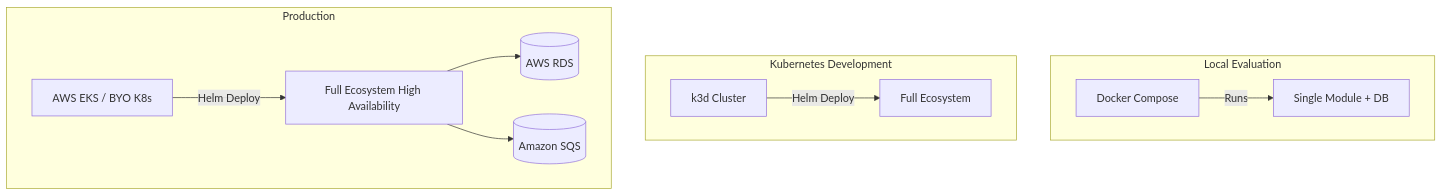
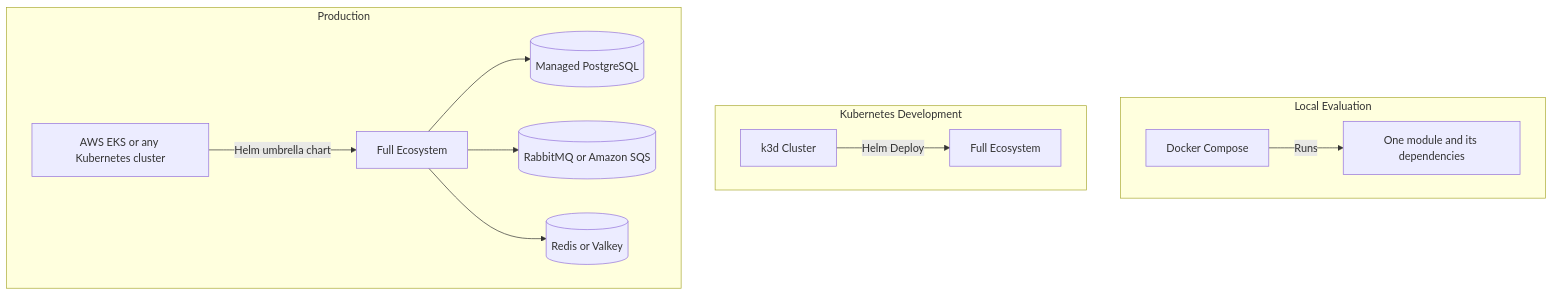
One commit to Labs64/labs64.io-docs changed the fifth of 5 diagrams in introduction/architecture.md. Above: the diagram before and after it, drawn with Mermaid. The commit also changed other lines of this file and 50 other files, not shown here.

First line of the commit message:
Make the public docs the primary architecture and module reference

````diff
--- a/introduction/architecture.md
+++ b/introduction/architecture.md
@@ -147,16 +191,17 @@
 ```mermaid
 flowchart TB
     subgraph Local Evaluation
-        DC[Docker Compose] -->|Runs| M1[Single Module + DB]
+        DC[Docker Compose] -->|Runs| M1[One module and its dependencies]
     end
-    
+
     subgraph Kubernetes Development
         K3D[k3d Cluster] -->|Helm Deploy| E1[Full Ecosystem]
     end
-    
+
     subgraph Production
-        EKS[AWS EKS / BYO K8s] -->|Helm Deploy| E2[Full Ecosystem High Availability]
-        E2 --> AWS_RDS[(AWS RDS)]
-        E2 --> AWS_MQ[(Amazon SQS)]
+        K8S[AWS EKS or any Kubernetes cluster] -->|Helm umbrella chart| E2[Full Ecosystem]
+        E2 --> PG_DB[("Managed PostgreSQL")]
+        E2 --> BROKER[("RabbitMQ or Amazon SQS")]
+        E2 --> CACHE[("Redis or Valkey")]
     end
 ```
````
